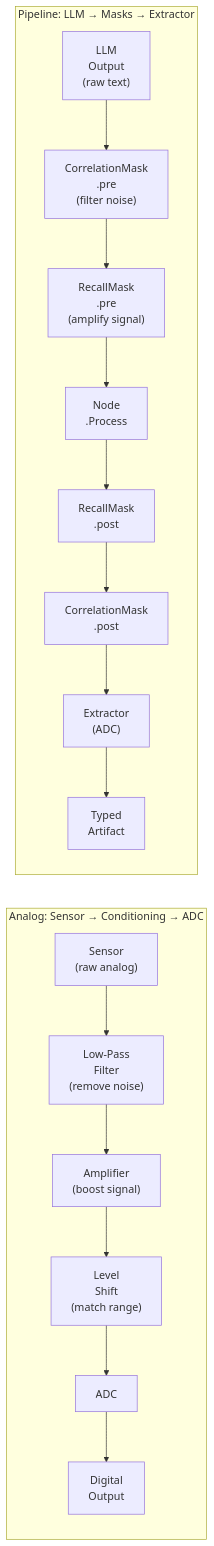
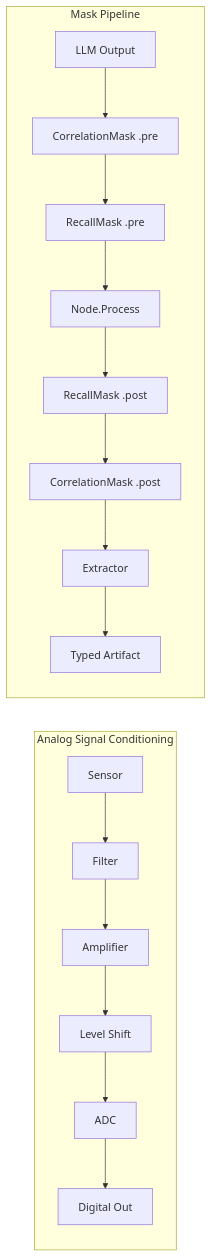
The eighth of 12 diagrams in .cursor/docs/case-studies/electronic-circuit-theory.md (dpopsuev/origami), drawn with Mermaid before and after one commit. The commit also changed other lines of this file, not shown here.

First line of the commit message:
fix(case-studies): clean up mermaid diagram labels and spacing

````diff
--- a/.cursor/docs/case-studies/electronic-circuit-theory.md
+++ b/.cursor/docs/case-studies/electronic-circuit-theory.md
@@ -281,12 +277,10 @@
 ```mermaid
 flowchart LR
-    subgraph circuit ["Analog: Sensor → Conditioning → ADC"]
-        sensor["Sensor\n(raw analog)"] --> lpf["Low-Pass\nFilter\n(remove noise)"] --> amp["Amplifier\n(boost signal)"] --> ls["Level\nShift\n(match range)"] --> adc["ADC"]
-        adc --> digital["Digital\nOutput"]
+    subgraph circuit ["Analog Signal Conditioning"]
+        sensor["Sensor"] --> lpf["Filter"] --> amp["Amplifier"] --> ls["Level Shift"] --> adc["ADC"] --> digital["Digital Out"]
     end
 
-    subgraph origami ["Pipeline: LLM → Masks → Extractor"]
-        llmOut["LLM\nOutput\n(raw text)"] --> m1["CorrelationMask\n.pre\n(filter noise)"] --> m2["RecallMask\n.pre\n(amplify signal)"] --> proc["Node\n.Process"] --> m2post["RecallMask\n.post"] --> m1post["CorrelationMask\n.post"] --> ext["Extractor\n(ADC)"]
-        ext --> typed["Typed\nArtifact"]
+    subgraph origami ["Mask Pipeline"]
+        llmOut["LLM Output"] --> m1["CorrelationMask .pre"] --> m2["RecallMask .pre"] --> proc["Node.Process"] --> m2post["RecallMask .post"] --> m1post["CorrelationMask .post"] --> ext["Extractor"] --> typed["Typed Artifact"]
     end
 ```
````
